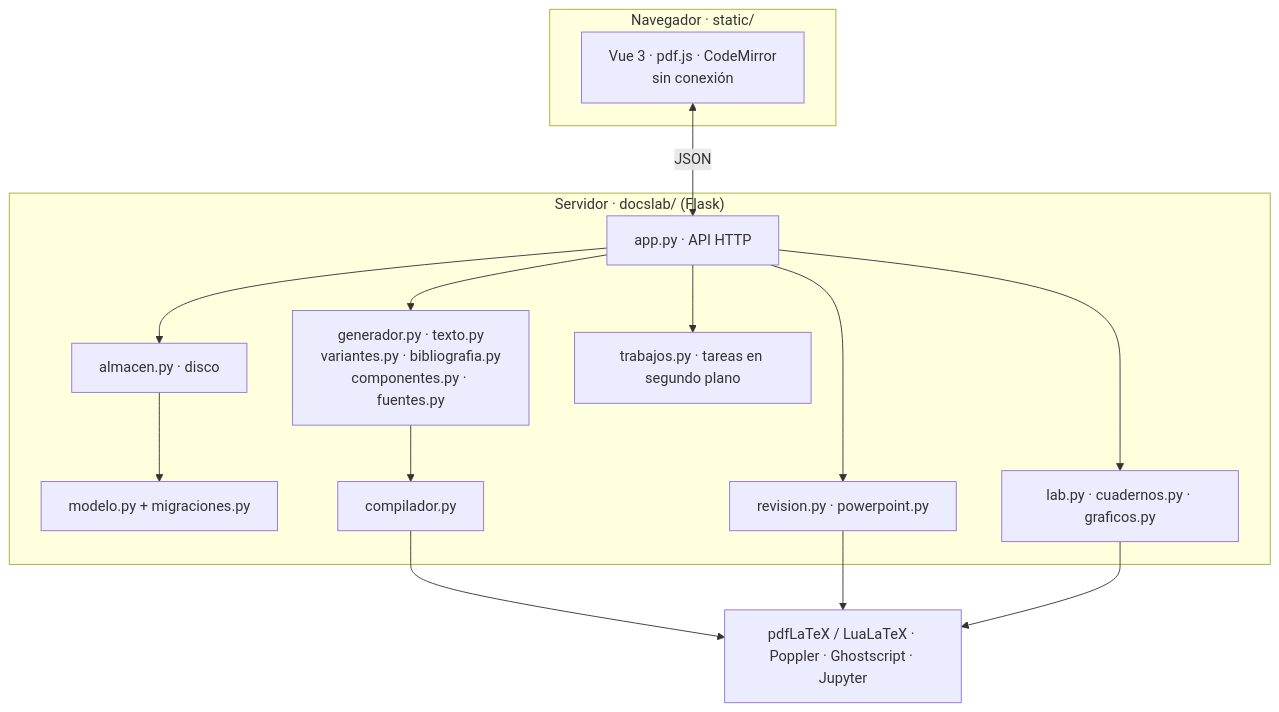
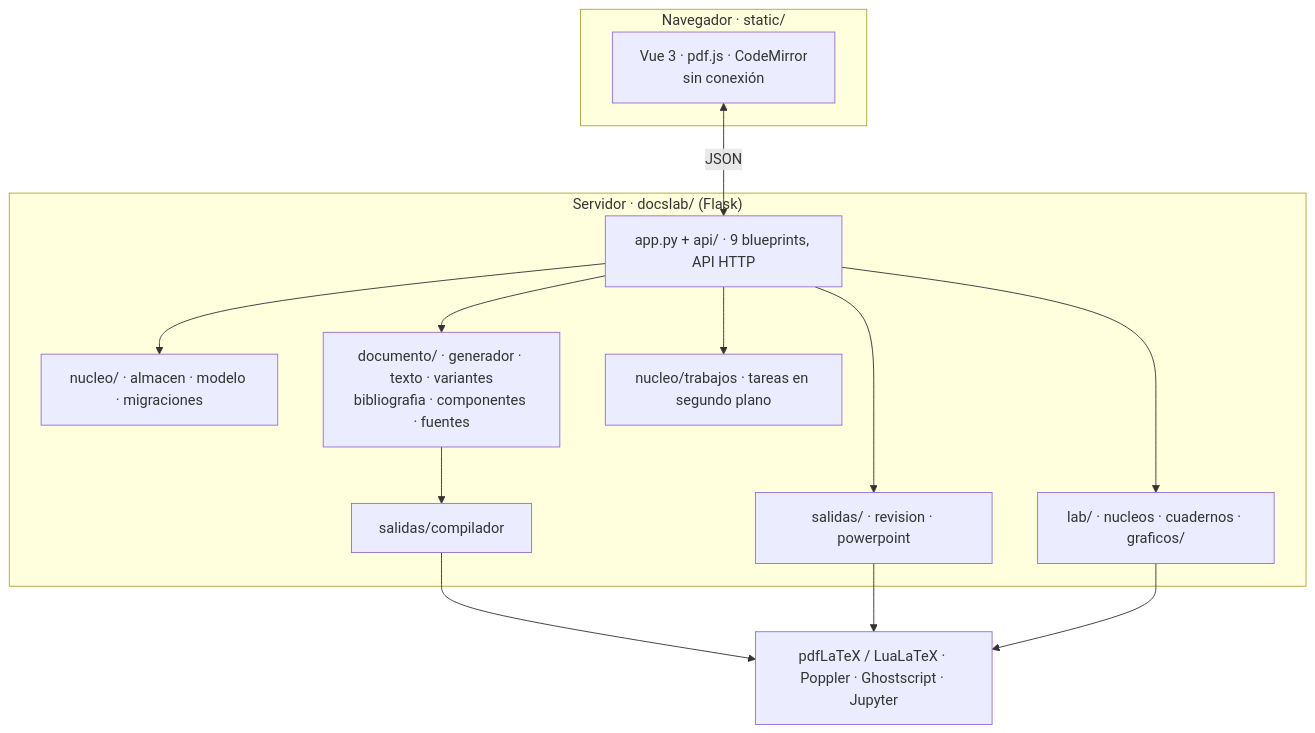
One commit to chalpm/docslab changed the sixth of 6 diagrams in LEEME.md. Above: the diagram before and after it, drawn with Mermaid. The commit also changed other lines of this file and 86 other files, not shown here.

First line of the commit message:
refactor(servidor): subpaquetes y app.py partido en blueprints; release v1.5.1

````diff
--- a/LEEME.md
+++ b/LEEME.md
@@ -607,23 +607,22 @@
 ```mermaid
 flowchart TB
     subgraph Navegador["Navegador · static/"]
         UI[Vue 3 · pdf.js · CodeMirror<br/>sin conexión]
     end
     subgraph Servidor["Servidor · docslab/ (Flask)"]
-        API[app.py · API HTTP]
-        ALM[almacen.py · disco]
-        MOD[modelo.py + migraciones.py]
-        GEN[generador.py · texto.py<br/>variantes.py · bibliografia.py<br/>componentes.py · fuentes.py]
-        COMP[compilador.py]
-        REV[revision.py · powerpoint.py]
-        LAB[lab.py · cuadernos.py · graficos.py]
-        JOB[trabajos.py · tareas en segundo plano]
+        API[app.py + api/ · 9 blueprints, API HTTP]
+        ALM[nucleo/ · almacen · modelo · migraciones]
+        GEN[documento/ · generador · texto · variantes<br/>bibliografia · componentes · fuentes]
+        COMP[salidas/compilador]
+        REV[salidas/ · revision · powerpoint]
+        LAB[lab/ · nucleos · cuadernos · graficos/]
+        JOB[nucleo/trabajos · tareas en segundo plano]
     end
     EXT[pdfLaTeX / LuaLaTeX · Poppler · Ghostscript · Jupyter]
     UI <-->|JSON| API
-    API --> ALM --> MOD
+    API --> ALM
     API --> GEN --> COMP --> EXT
     API --> REV --> EXT
     API --> LAB --> EXT
     API --> JOB
 ```
````
